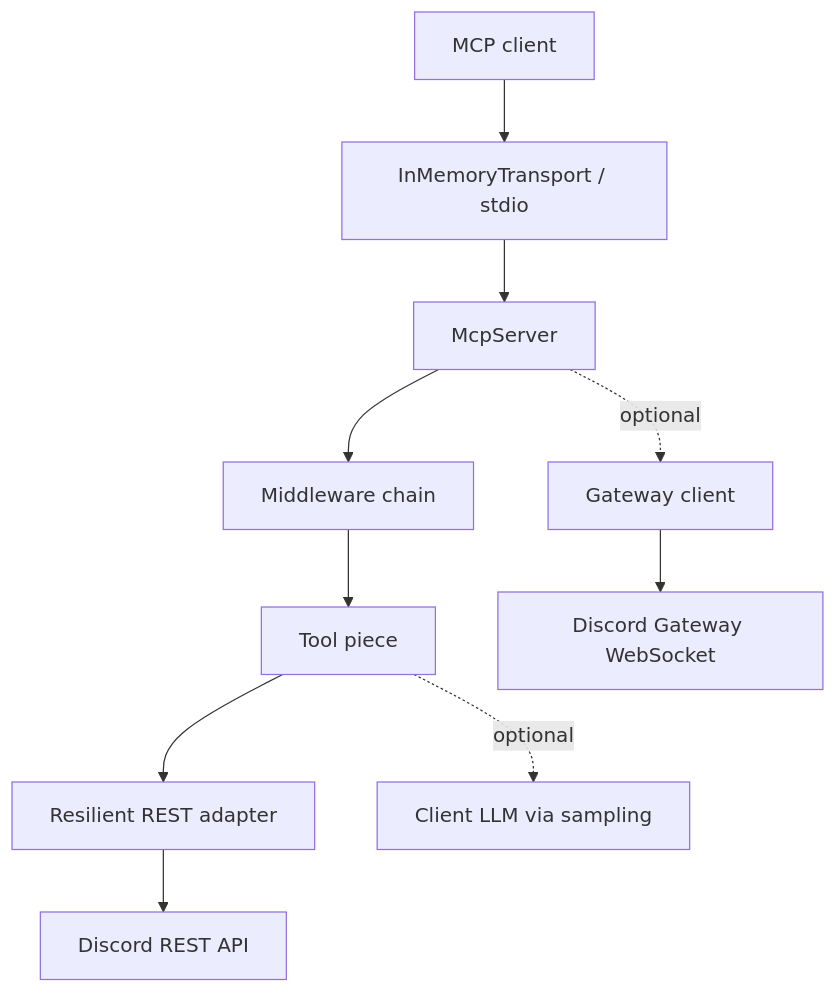
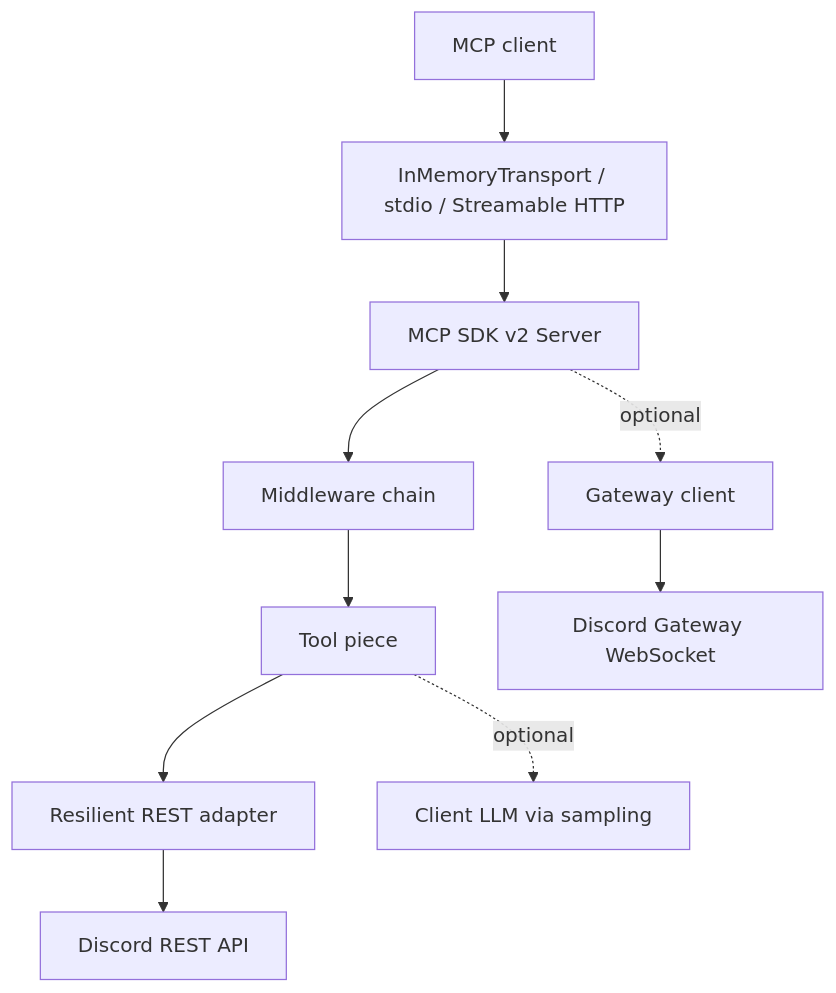
Before and after one commit to cappyeo/discord-mcp: the diagram in site/src/content/docs/architecture/index.mdx, drawn with Mermaid. The commit also changed other lines of this file and 56 other files, not shown here.

Commit message:
feat: add MCP 2026 remote transport

````diff
--- a/site/src/content/docs/architecture/index.mdx
+++ b/site/src/content/docs/architecture/index.mdx
@@ -23,12 +23,12 @@
 ```mermaid
 graph TD
-  Client[MCP client] --> Transport[InMemoryTransport / stdio]
-  Transport --> Server[McpServer]
+  Client[MCP client] --> Transport[InMemoryTransport / stdio / Streamable HTTP]
+  Transport --> Server[MCP SDK v2 Server]
   Server --> MW[Middleware chain]
   MW --> Tool[Tool piece]
   Tool --> REST[Resilient REST adapter]
   REST --> Discord[Discord REST API]
   Tool -. optional .-> Sampling[Client LLM via sampling]
   Server -. optional .-> Gateway[Gateway client]
   Gateway --> DiscordWS[Discord Gateway WebSocket]
 ```
````
